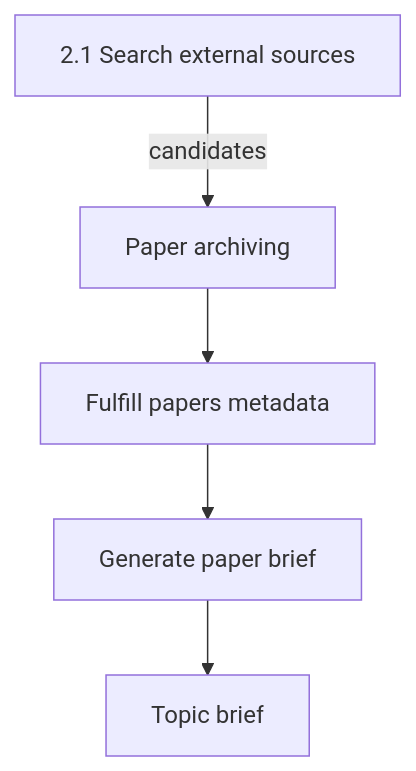
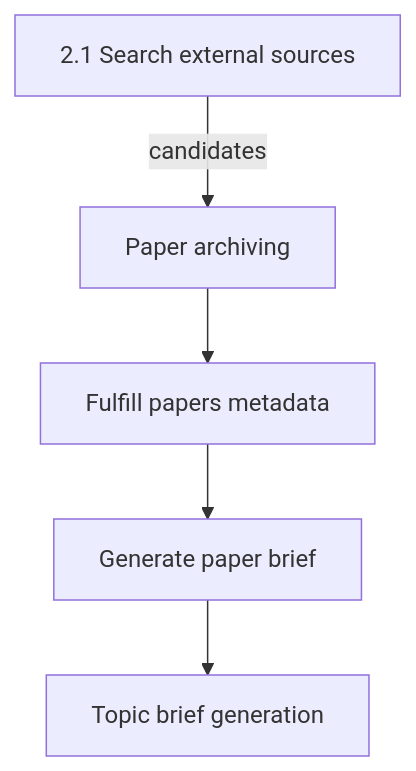
One commit to GustavoRusso/paper-reviewer changed the diagram in docs/specs/2.2.1-paper-archiving.md. Above: the diagram before and after it, drawn with Mermaid. The commit also changed other lines of this file and 17 other files, not shown here.

Commit message:
renamed docs and code to rename the "4-topic-brief.md" step to "4-topic-brief-generation.md"

````diff
--- a/docs/specs/2.2.1-paper-archiving.md
+++ b/docs/specs/2.2.1-paper-archiving.md
@@ -49,12 +49,12 @@
 ```mermaid
 flowchart TB
   search[2.1 Search external sources]
   archive[Paper archiving]
   fulfill[Fulfill papers metadata]
   briefs[Generate paper brief]
-  topic[Topic brief]
+  topic[Topic brief generation]
   search -->|"candidates"| archive
   archive --> fulfill
   fulfill --> briefs
   briefs --> topic
 ```
````
